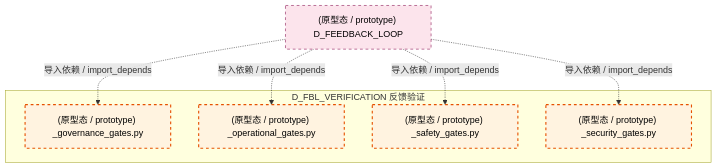
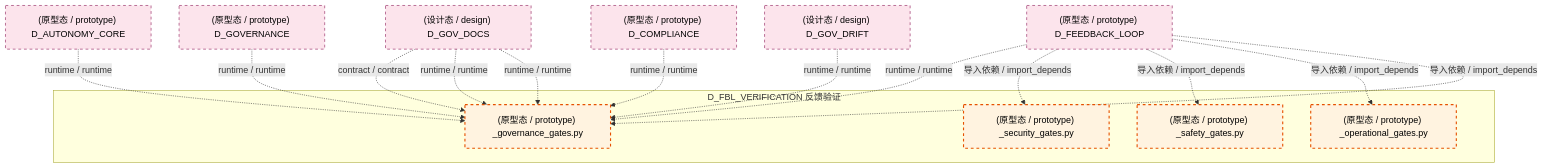
The fifth of 6 diagrams in docs/02_enterprise_architecture/02_domain_architecture_docs/13_d_fbl_verification.md (xuanFelixVan/ZephyrAlpha), drawn with Mermaid before and after one commit. The commit also changed other lines of this file and 126 other files, not shown here.

````diff
--- a/docs/02_enterprise_architecture/02_domain_architecture_docs/13_d_fbl_verification.md
+++ b/docs/02_enterprise_architecture/02_domain_architecture_docs/13_d_fbl_verification.md
@@ -440,20 +439,33 @@
 ```mermaid
 graph TD
     subgraph D_FBL_VERIFICATION["D_FBL_VERIFICATION 反馈验证"]
         src_zephyr_feedback_loop_gates_governance_gates_py["(原型态 / prototype) _governance_gates.py"]
         src_zephyr_feedback_loop_gates_operational_gates_py["(原型态 / prototype) _operational_gates.py"]
         src_zephyr_feedback_loop_gates_safety_gates_py["(原型态 / prototype) _safety_gates.py"]
         src_zephyr_feedback_loop_gates_security_gates_py["(原型态 / prototype) _security_gates.py"]
     end
     D_FEEDBACK_LOOP["(原型态 / prototype) D_FEEDBACK_LOOP"]
     D_FEEDBACK_LOOP -.->|导入依赖 / import_depends| src_zephyr_feedback_loop_gates_governance_gates_py
+    D_FEEDBACK_LOOP -.->|导入依赖 / import_depends| src_zephyr_feedback_loop_gates_operational_gates_py
     D_FEEDBACK_LOOP -.->|导入依赖 / import_depends| src_zephyr_feedback_loop_gates_safety_gates_py
-    D_FEEDBACK_LOOP -.->|导入依赖 / import_depends| src_zephyr_feedback_loop_gates_operational_gates_py
     D_FEEDBACK_LOOP -.->|导入依赖 / import_depends| src_zephyr_feedback_loop_gates_security_gates_py
+    D_FEEDBACK_LOOP -.->|runtime / runtime| src_zephyr_feedback_loop_gates_governance_gates_py
+    D_GOV_DOCS["(设计态 / design) D_GOV_DOCS"]
+    D_GOV_DOCS -.->|runtime / runtime| src_zephyr_feedback_loop_gates_governance_gates_py
+    D_GOV_DRIFT["(设计态 / design) D_GOV_DRIFT"]
+    D_GOV_DRIFT -.->|runtime / runtime| src_zephyr_feedback_loop_gates_governance_gates_py
+    D_COMPLIANCE["(原型态 / prototype) D_COMPLIANCE"]
+    D_COMPLIANCE -.->|runtime / runtime| src_zephyr_feedback_loop_gates_governance_gates_py
+    D_GOVERNANCE["(原型态 / prototype) D_GOVERNANCE"]
+    D_GOVERNANCE -.->|runtime / runtime| src_zephyr_feedback_loop_gates_governance_gates_py
+    D_GOV_DOCS -.->|runtime / runtime| src_zephyr_feedback_loop_gates_governance_gates_py
+    D_GOV_DOCS -.->|contract / contract| src_zephyr_feedback_loop_gates_governance_gates_py
+    D_AUTONOMY_CORE["(原型态 / prototype) D_AUTONOMY_CORE"]
+    D_AUTONOMY_CORE -.->|runtime / runtime| src_zephyr_feedback_loop_gates_governance_gates_py
     classDef production fill:#e1f5fe,stroke:#01579b,stroke-width:2px,color:#000
     classDef design fill:#fff3e0,stroke:#e65100,stroke-width:2px,color:#000,stroke-dasharray: 5 5
     classDef external_prod fill:#e8f5e9,stroke:#1b5e20,stroke-width:1px,color:#000
     classDef external_design fill:#fce4ec,stroke:#880e4f,stroke-width:1px,color:#000,stroke-dasharray: 5 5
     class src_zephyr_feedback_loop_gates_governance_gates_py,src_zephyr_feedback_loop_gates_operational_gates_py,src_zephyr_feedback_loop_gates_safety_gates_py,src_zephyr_feedback_loop_gates_security_gates_py design
-    class D_FEEDBACK_LOOP external_design
+    class D_FEEDBACK_LOOP,D_GOV_DOCS,D_GOV_DRIFT,D_COMPLIANCE,D_GOVERNANCE,D_AUTONOMY_CORE external_design
 ```
````
